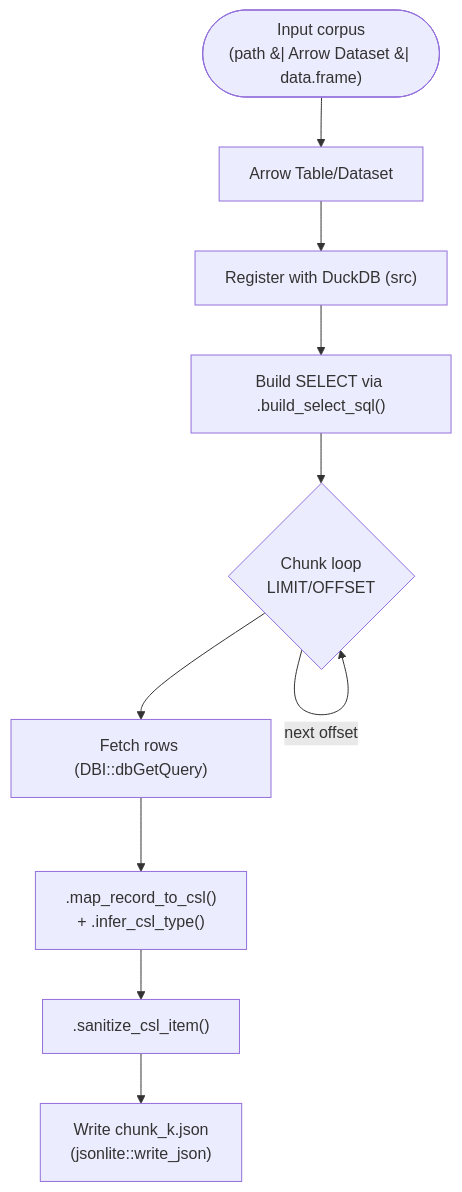
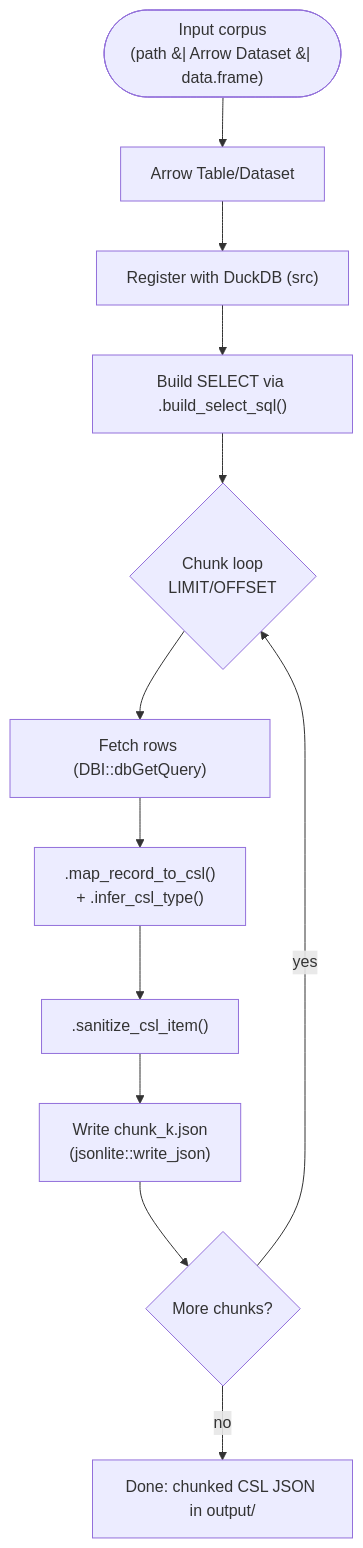
The first of 6 diagrams in vignettes/corpus_to_csljson.qmd (openalexPro/openalexConvert), drawn with Mermaid before and after one commit. The commit also changed 5 other files, not shown here.

````diff
--- a/vignettes/corpus_to_csljson.qmd
+++ b/vignettes/corpus_to_csljson.qmd
@@ -100,12 +100,14 @@
 ```{mermaid}
 flowchart TD
   A(["Input corpus<br/>(path &#124; Arrow Dataset &#124; data.frame)"]) --> B[Arrow Table/Dataset]
   B --> C["Register with DuckDB (src)"]
   C --> D["Build SELECT via .build_select_sql()"]
   D --> E{Chunk loop<br/>LIMIT/OFFSET}
   E --> F["Fetch rows (DBI::dbGetQuery)"]
   F --> G[".map_record_to_csl()<br/>+ .infer_csl_type()"]
   G --> H[".sanitize_csl_item()"]
   H --> I["Write chunk_k.json<br/>(jsonlite::write_json)"]
-  E -->|next offset| E
+  I --> J{More chunks?}
+  J -->|yes| E
+  J -->|no| L["Done: chunked CSL JSON in output/"]
 ```
````
